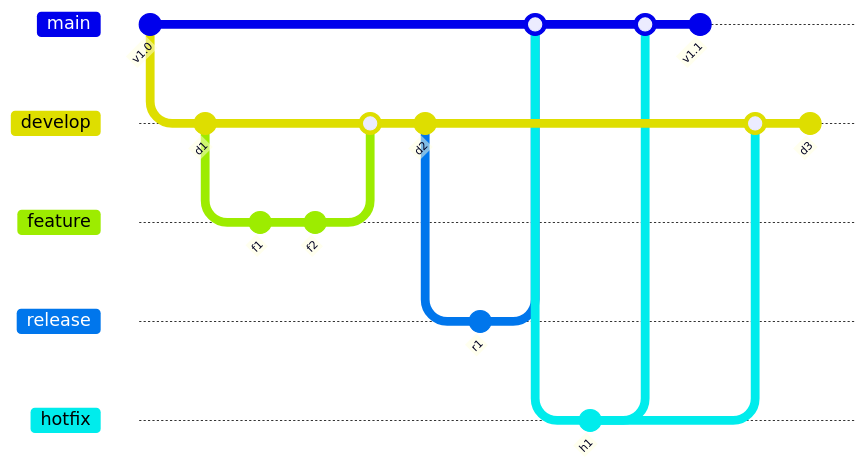
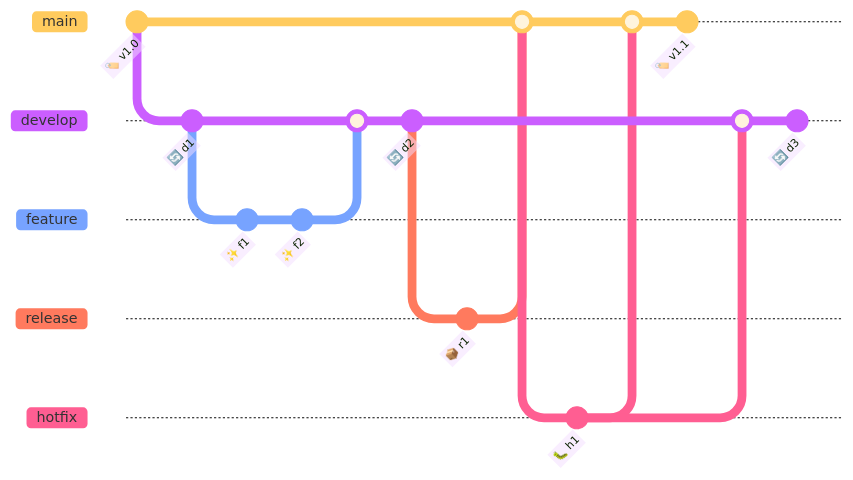
One commit to jingu279/Document changed the second of 2 diagrams in git/08_FAQ.md. Above: the diagram before and after it, drawn with Mermaid. The commit also changed other lines of this file and 24 other files, not shown here.

First line of the commit message:
Git 문서 전체 Mermaid 다이어그램 스타일링 통일

````diff
--- a/git/08_FAQ.md
+++ b/git/08_FAQ.md
@@ -718,28 +725,29 @@
 ```mermaid
+%%{init: {'theme': 'base', 'themeVariables': {'fontSize': '13px'}}}%%
 gitGraph
-   commit id: "v1.0"
+   commit id: "🏷️ v1.0"
    branch develop
    checkout develop
-   commit id: "d1"
+   commit id: "🔄 d1"
    branch feature
    checkout feature
-   commit id: "f1"
-   commit id: "f2"
+   commit id: "✨ f1"
+   commit id: "✨ f2"
    checkout develop
    merge feature
-   commit id: "d2"
+   commit id: "🔄 d2"
    branch release
    checkout release
-   commit id: "r1"
+   commit id: "📦 r1"
    checkout main
    merge release
    branch hotfix
    checkout hotfix
-   commit id: "h1"
+   commit id: "🐛 h1"
    checkout main
    merge hotfix
-   commit id: "v1.1"
+   commit id: "🏷️ v1.1"
    checkout develop
    merge hotfix
-   commit id: "d3"
+   commit id: "🔄 d3"
 ```
````
